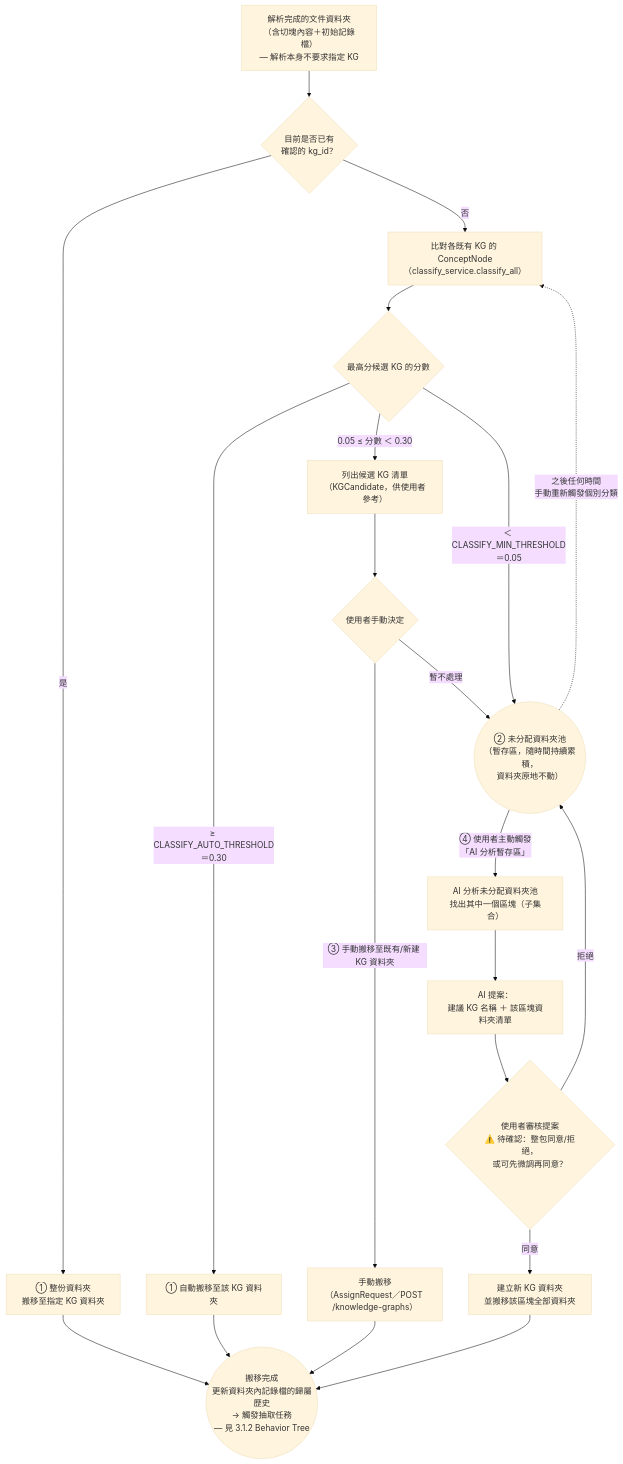
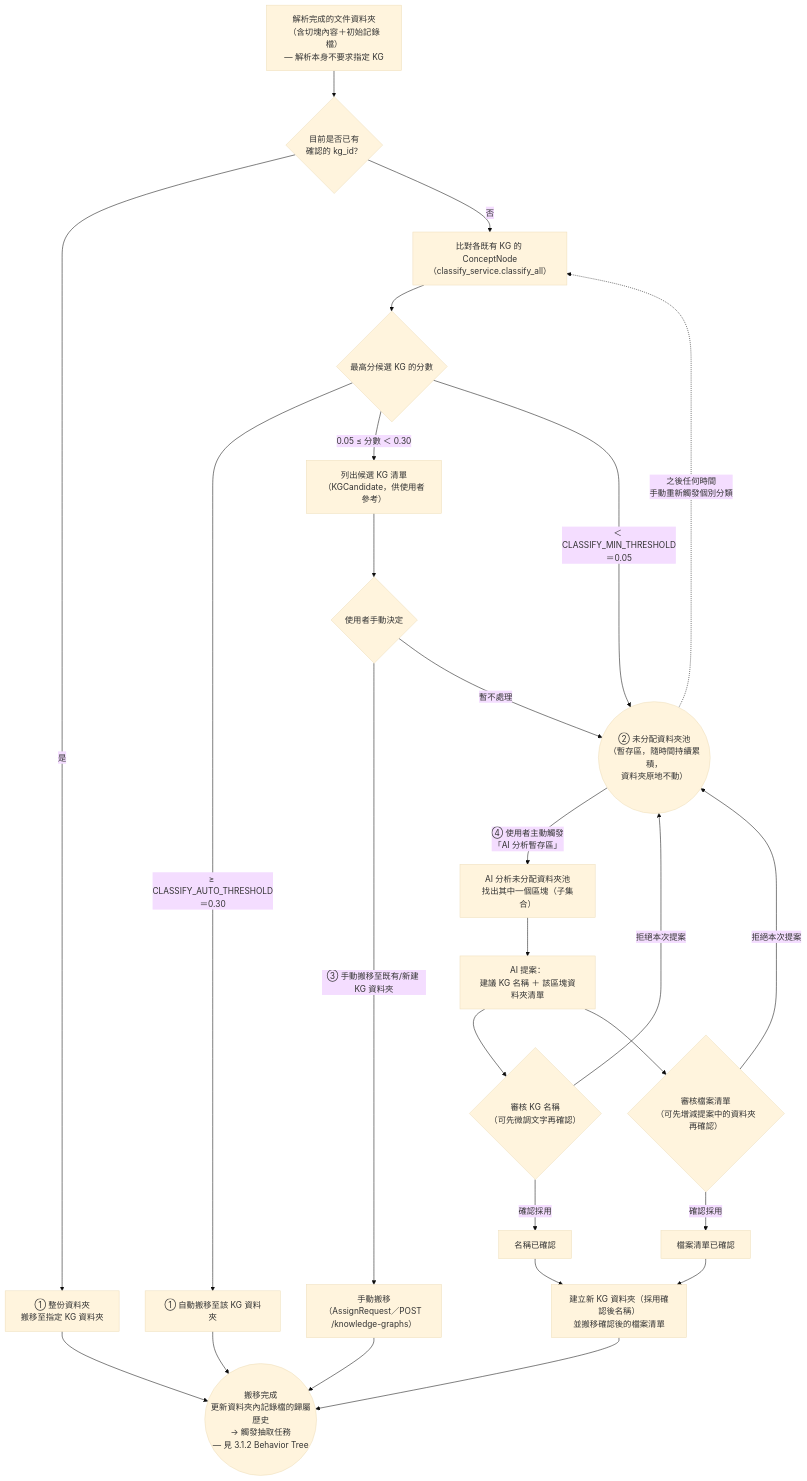
One commit to Chester930/world-knowledge-graph-rag changed the second of 8 diagrams in docs/論文/03_系統設計與方法論.md. Above: the diagram before and after it, drawn with Mermaid (base theme). The commit also changed other lines of this file, not shown here.

Commit message:
docs(論文): 3.1.1 AI 分群提案審核改為名稱/檔案清單分開審核，皆可微調
REVIEW 節點拆成 REVIEWNAME 與 REVIEWFILES 兩個獨立審核步驟：
- 建議 KG 名稱可先微調文字再確認
- 建議檔案清單可先增減提案中的資料夾再確認
任一項被拒絕即取消本次提案、資料夾退回未分配資料夾池；兩項皆確認後
才以確認後的名稱與檔案清單建立新 KG，解決先前標記為待定的開放問題

````diff
--- a/docs/論文/03_系統設計與方法論.md
+++ b/docs/論文/03_系統設計與方法論.md
@@ -60,32 +60,38 @@
 ```mermaid
 flowchart TD
     TEXT["解析完成的文件資料夾<br/>（含切塊內容＋初始記錄檔）<br/>— 解析本身不要求指定 KG"] --> HASKG{"目前是否已有<br/>確認的 kg_id？"}
 
     HASKG -->|是| FOLDER["① 整份資料夾<br/>搬移至指定 KG 資料夾"]
     HASKG -->|否| CMP["比對各既有 KG 的 ConceptNode<br/>（classify_service.classify_all）"]
 
     CMP --> SCORE2{"最高分候選 KG 的分數"}
     SCORE2 -->|"≥ CLASSIFY_AUTO_THRESHOLD＝0.30"| AUTO["① 自動搬移至該 KG 資料夾"]
     SCORE2 -->|"0.05 ≤ 分數 ＜ 0.30"| SUGGEST["列出候選 KG 清單<br/>（KGCandidate，供使用者參考）"]
     SCORE2 -->|"＜ CLASSIFY_MIN_THRESHOLD＝0.05"| POOL
 
     SUGGEST --> MANUAL{"使用者手動決定"}
     MANUAL -->|"③ 手動搬移至既有/新建 KG 資料夾"| FOLDER2["手動搬移<br/>（AssignRequest／POST /knowledge-graphs）"]
     MANUAL -->|"暫不處理"| POOL
 
     POOL(("② 未分配資料夾池<br/>（暫存區，隨時間持續累積，<br/>資料夾原地不動）"))
     POOL -.->|"之後任何時間<br/>手動重新觸發個別分類"| CMP
 
     POOL -->|"④ 使用者主動觸發<br/>「AI 分析暫存區」"| AICLUSTER["AI 分析未分配資料夾池<br/>找出其中一個區塊（子集合）"]
     AICLUSTER --> PROPOSAL["AI 提案：<br/>建議 KG 名稱 ＋ 該區塊資料夾清單"]
-    PROPOSAL --> REVIEW{"使用者審核提案<br/>⚠️ 待確認：整包同意/拒絕，<br/>或可先微調再同意？"}
-    REVIEW -->|同意| NEWKG3["建立新 KG 資料夾<br/>並搬移該區塊全部資料夾"]
-    REVIEW -->|拒絕| POOL
+    PROPOSAL --> REVIEWNAME{"審核 KG 名稱<br/>（可先微調文字再確認）"}
+    PROPOSAL --> REVIEWFILES{"審核檔案清單<br/>（可先增減提案中的資料夾再確認）"}
+    REVIEWNAME -->|確認採用| NAMEOK["名稱已確認"]
+    REVIEWNAME -->|拒絕本次提案| POOL
+    REVIEWFILES -->|確認採用| FILESOK["檔案清單已確認"]
+    REVIEWFILES -->|拒絕本次提案| POOL
+    NAMEOK --> NEWKG3
+    FILESOK --> NEWKG3
+    NEWKG3["建立新 KG 資料夾（採用確認後名稱）<br/>並搬移確認後的檔案清單"]
 
     FOLDER --> RECORD
     AUTO --> RECORD
     FOLDER2 --> RECORD
     NEWKG3 --> RECORD
 
     RECORD(("搬移完成<br/>更新資料夾內記錄檔的歸屬歷史<br/>→ 觸發抽取任務<br/>— 見 3.1.2 Behavior Tree"))
 ```
````
